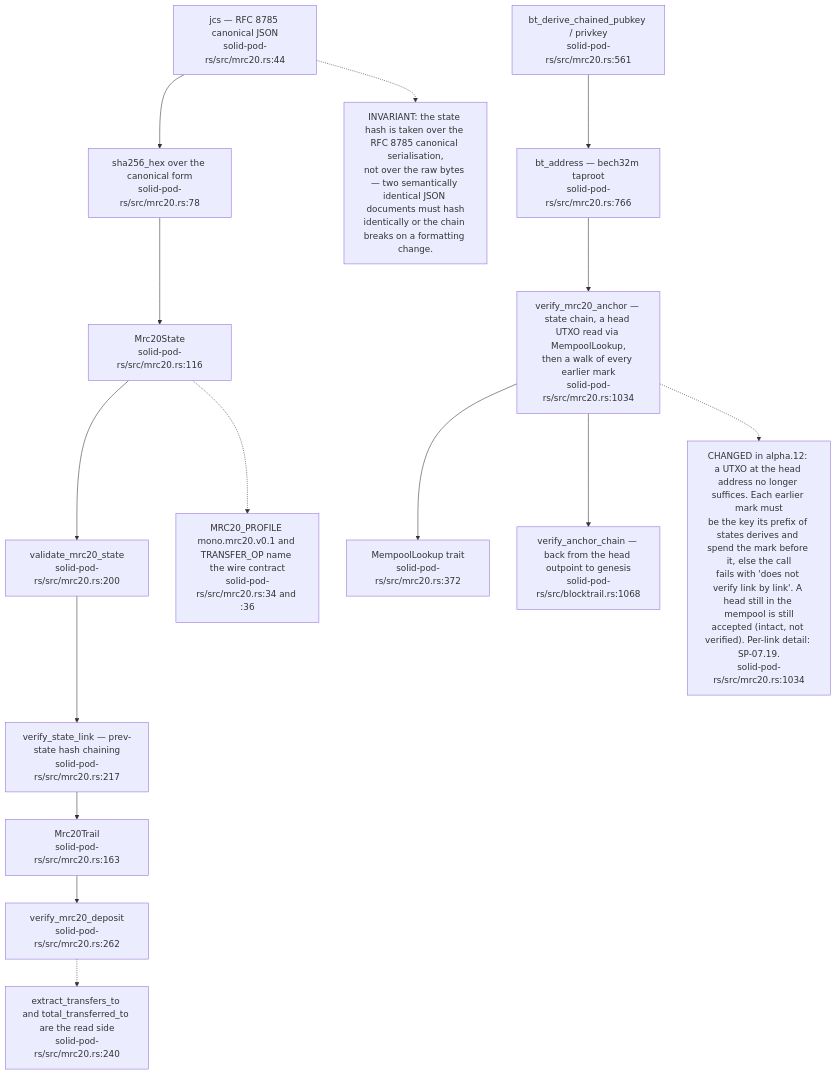
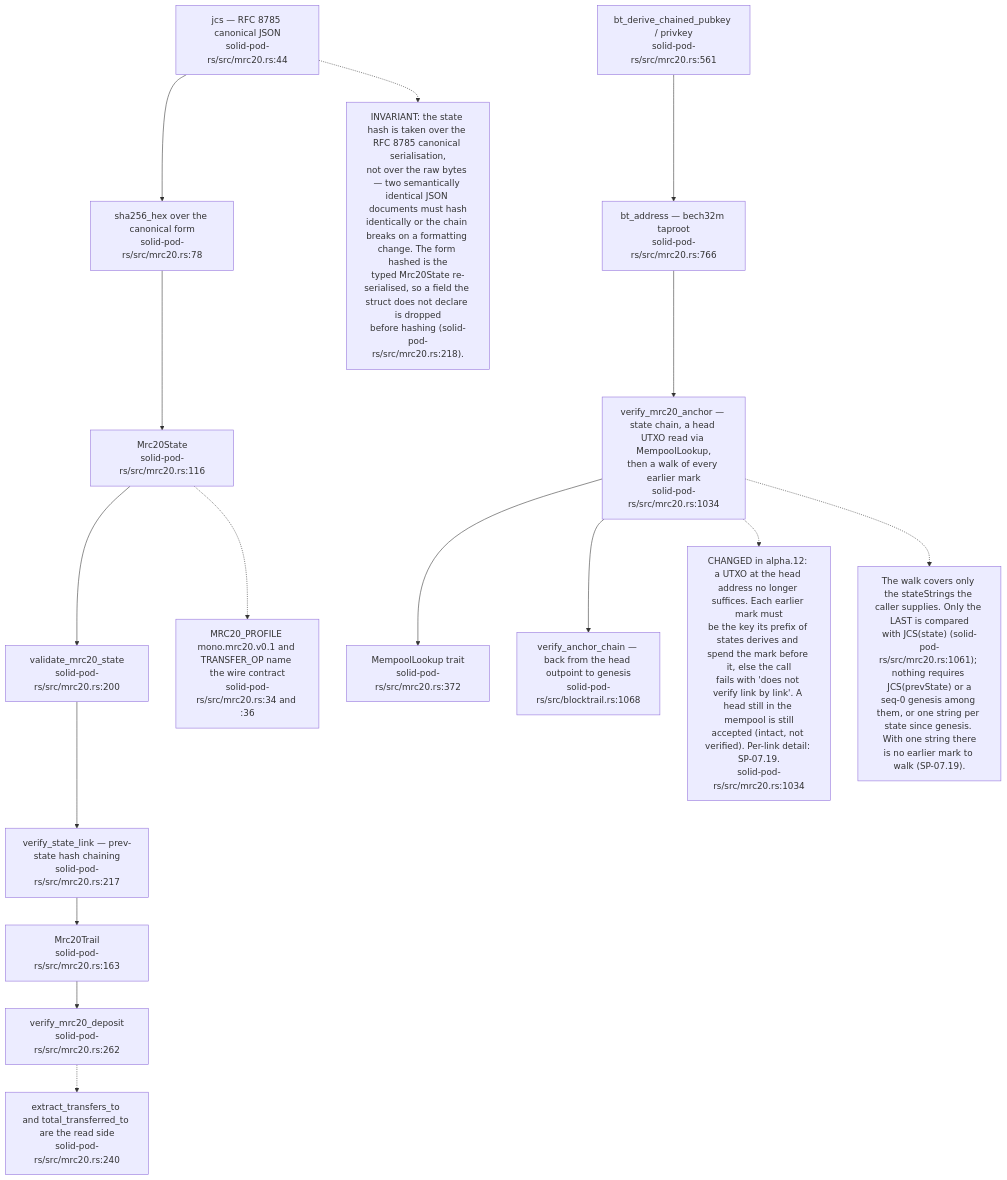
The eighth of 19 diagrams in docs/diagrams/solid-pod-rs/07-provenance-and-payments.md (DreamLab-AI/VisionFlow), drawn with Mermaid before and after one commit. The commit also changed other lines of this file and 47 other files, not shown here.

````diff
--- a/docs/diagrams/solid-pod-rs/07-provenance-and-payments.md
+++ b/docs/diagrams/solid-pod-rs/07-provenance-and-payments.md
@@ -237,29 +238,31 @@
 ```mermaid
 flowchart TD
     JCS["jcs — RFC 8785 canonical JSON<br/>solid-pod-rs/src/mrc20.rs:44"]
     SHA["sha256_hex over the canonical form<br/>solid-pod-rs/src/mrc20.rs:78"]
     ST["Mrc20State<br/>solid-pod-rs/src/mrc20.rs:116"]
     VAL["validate_mrc20_state<br/>solid-pod-rs/src/mrc20.rs:200"]
     LNK["verify_state_link — prev-state hash chaining<br/>solid-pod-rs/src/mrc20.rs:217"]
     TR["Mrc20Trail<br/>solid-pod-rs/src/mrc20.rs:163"]
     DEP["verify_mrc20_deposit<br/>solid-pod-rs/src/mrc20.rs:262"]
     KEY["bt_derive_chained_pubkey / privkey<br/>solid-pod-rs/src/mrc20.rs:561"]
     ADDR["bt_address — bech32m taproot<br/>solid-pod-rs/src/mrc20.rs:766"]
     VER["verify_mrc20_anchor — state chain, a head UTXO read via MempoolLookup,<br/>then a walk of every earlier mark<br/>solid-pod-rs/src/mrc20.rs:1034"]
     WALK["verify_anchor_chain — back from the head outpoint to genesis<br/>solid-pod-rs/src/blocktrail.rs:1068"]
     ML["MempoolLookup trait<br/>solid-pod-rs/src/mrc20.rs:372"]
 
     JCS --> SHA --> ST --> VAL --> LNK --> TR
     TR --> DEP
     KEY --> ADDR --> VER --> ML
     VER --> WALK
 
-    N["INVARIANT: the state hash is taken over the RFC 8785 canonical serialisation,<br/>not over the raw bytes — two semantically identical JSON documents must hash<br/>identically or the chain breaks on a formatting change."]
+    N["INVARIANT: the state hash is taken over the RFC 8785 canonical serialisation,<br/>not over the raw bytes — two semantically identical JSON documents must hash<br/>identically or the chain breaks on a formatting change. The form hashed is the<br/>typed Mrc20State re-serialised, so a field the struct does not declare is dropped<br/>before hashing (solid-pod-rs/src/mrc20.rs:218)."]
     JCS -.-> N
     N2["MRC20_PROFILE mono.mrc20.v0.1 and TRANSFER_OP name the wire contract<br/>solid-pod-rs/src/mrc20.rs:34 and :36"]
     ST -.-> N2
     N3["extract_transfers_to and total_transferred_to are the read side<br/>solid-pod-rs/src/mrc20.rs:240"]
     DEP -.-> N3
     N4["CHANGED in alpha.12: a UTXO at the head address no longer suffices. Each earlier mark must<br/>be the key its prefix of states derives and spend the mark before it, else the call<br/>fails with 'does not verify link by link'. A head still in the mempool is still<br/>accepted (intact, not verified). Per-link detail: SP-07.19.<br/>solid-pod-rs/src/mrc20.rs:1034"]
     VER -.-> N4
+    N5["The walk covers only the stateStrings the caller supplies. Only the LAST is compared<br/>with JCS(state) (solid-pod-rs/src/mrc20.rs:1061); nothing requires JCS(prevState) or a<br/>seq-0 genesis among them, or one string per state since genesis. With one string there<br/>is no earlier mark to walk (SP-07.19)."]
+    VER -.-> N5
 ```
````
